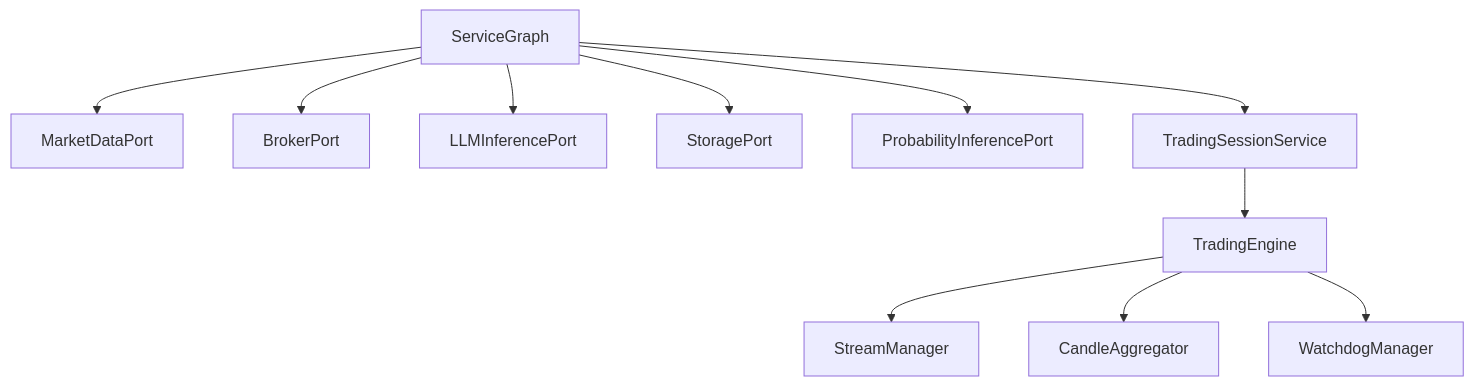
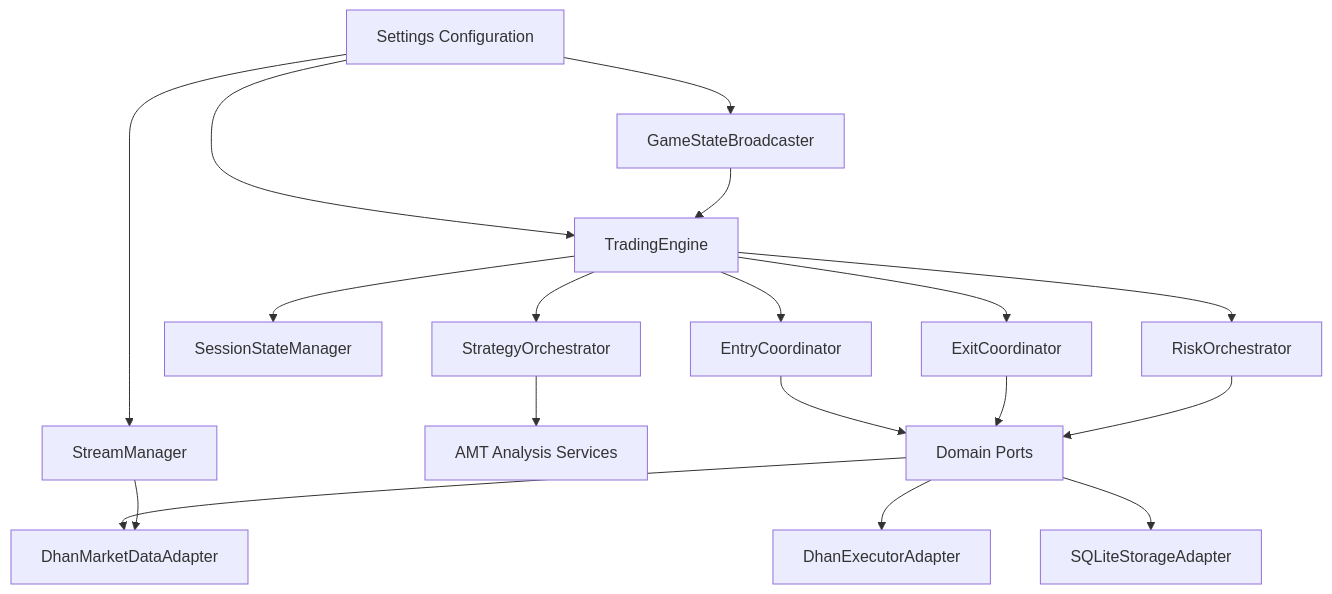
One commit to gemrajkhatry-maker/v5-of-glassytrade-ai changed the ninth of 9 diagrams in .qoder/repowiki/en/content/System Overview/Architecture Overview.md. Above: the diagram before and after it, drawn with Mermaid. The commit also changed other lines of this file and 930 other files, not shown here.

````diff
--- a/.qoder/repowiki/en/content/System Overview/Architecture Overview.md
+++ b/.qoder/repowiki/en/content/System Overview/Architecture Overview.md
@@ -319,13 +387,20 @@
 ```mermaid
 graph TB
-SG["ServiceGraph"] --> MD["MarketDataPort"]
-SG --> BR["BrokerPort"]
-SG --> LLM["LLMInferencePort"]
-SG --> ST["StoragePort"]
-SG --> PR["ProbabilityInferencePort"]
-SG --> TS["TradingSessionService"]
-TS --> ENG["TradingEngine"]
-ENG --> SM["StreamManager"]
-ENG --> CA["CandleAggregator"]
-ENG --> WD["WatchdogManager"]
+CFG["Settings Configuration"] --> TE["TradingEngine"]
+CFG --> SM["StreamManager"]
+CFG --> SB["GameStateBroadcaster"]
+TE --> SO["StrategyOrchestrator"]
+TE --> SSM["SessionStateManager"]
+TE --> ENTRY["EntryCoordinator"]
+TE --> EXIT["ExitCoordinator"]
+TE --> RL["RiskOrchestrator"]
+SO --> AMT["AMT Analysis Services"]
+ENTRY --> PORTS["Domain Ports"]
+EXIT --> PORTS
+RL --> PORTS
+PORTS --> DM["DhanMarketDataAdapter"]
+PORTS --> DE["DhanExecutorAdapter"]
+PORTS --> DS["SQLiteStorageAdapter"]
+SM --> DM
+SB --> TE
 ```
````
